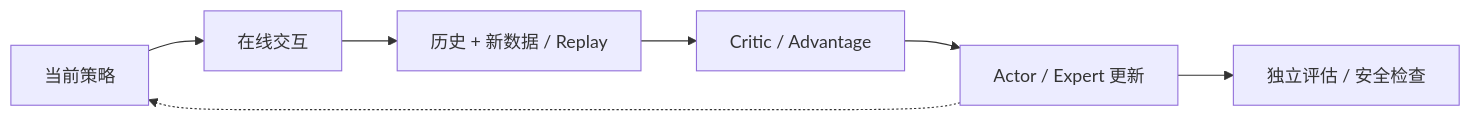
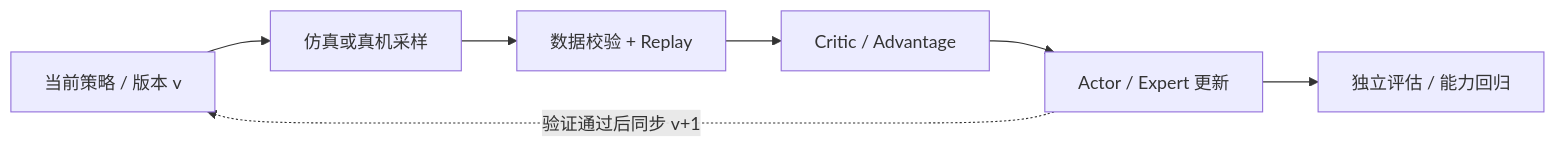
One commit to zengxiong111/Foundation_of_Embodied_AI changed the third of 4 diagrams in md/RL_Post_Training_ZH.md. Above: the diagram before and after it, drawn with Mermaid. The commit also changed other lines of this file and 24 other files, not shown here.

````diff
--- a/md/RL_Post_Training_ZH.md
+++ b/md/RL_Post_Training_ZH.md
@@ -169,10 +140,9 @@
 ```mermaid
-%% FIG: offpolicy
 flowchart LR
-  A["当前策略"] --> R["在线交互"]
-  R --> D["历史 + 新数据 / Replay"]
-  D --> Q["Critic / Advantage"]
-  Q --> U["Actor / Expert 更新"]
-  U -.-> A
-  U --> E["独立评估 / 安全检查"]
+  P["当前策略 / 版本 v"] --> W["仿真或真机采样"]
+  W --> D["数据校验 + Replay"]
+  D --> C["Critic / Advantage"]
+  C --> U["Actor / Expert 更新"]
+  U -.->|验证通过后同步 v+1| P
+  U --> V["独立评估 / 能力回归"]
 ```
````
